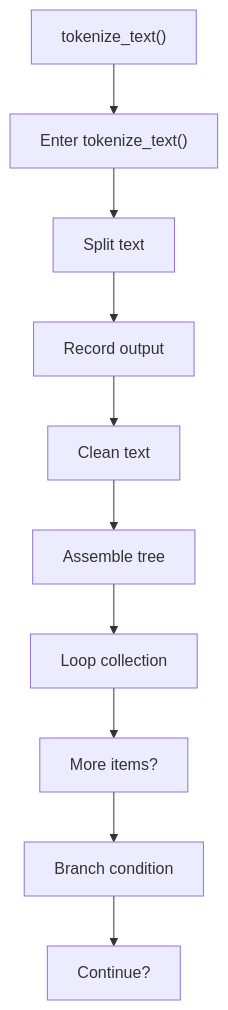
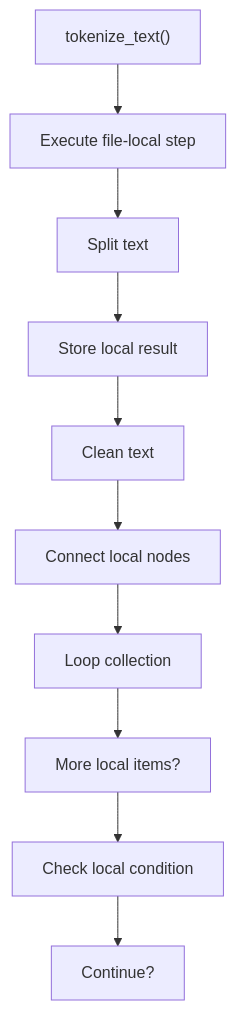
One commit to JohnAndrewBalbarosa/NeoTerritory changed the first of 2 diagrams in docs/Codebase/Microservice/Modules/Source/Trees/ClassGeneration/Actual/Internal/Line/Flow/functions/tokenize_text.cpp.md. Above: the diagram before and after it, drawn with Mermaid. The commit also changed other lines of this file and 925 other files, not shown here.

````diff
--- a/docs/Codebase/Microservice/Modules/Source/Trees/ClassGeneration/Actual/Internal/Line/Flow/functions/tokenize_text.cpp.md
+++ b/docs/Codebase/Microservice/Modules/Source/Trees/ClassGeneration/Actual/Internal/Line/Flow/functions/tokenize_text.cpp.md
@@ -28,22 +28,22 @@
 ```mermaid
 flowchart TD
     N0["tokenize_text()"]
-    N1["Enter tokenize_text()"]
+    N1["Execute file-local step"]
     N2["Split text"]
-    N3["Record output"]
+    N3["Store local result"]
     N4["Clean text"]
-    N5["Assemble tree"]
+    N5["Connect local nodes"]
     N6["Loop collection"]
-    N7["More items?"]
-    N8["Branch condition"]
+    N7["More local items?"]
+    N8["Check local condition"]
     N9["Continue?"]
     N0 --> N1
     N1 --> N2
     N2 --> N3
     N3 --> N4
     N4 --> N5
     N5 --> N6
     N6 --> N7
     N7 --> N8
     N8 --> N9
 ```
````
